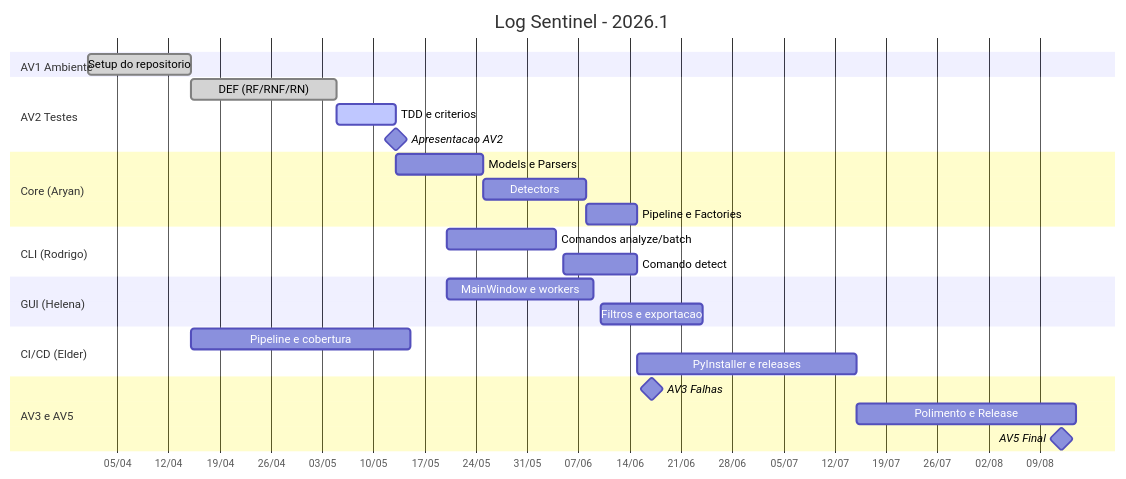
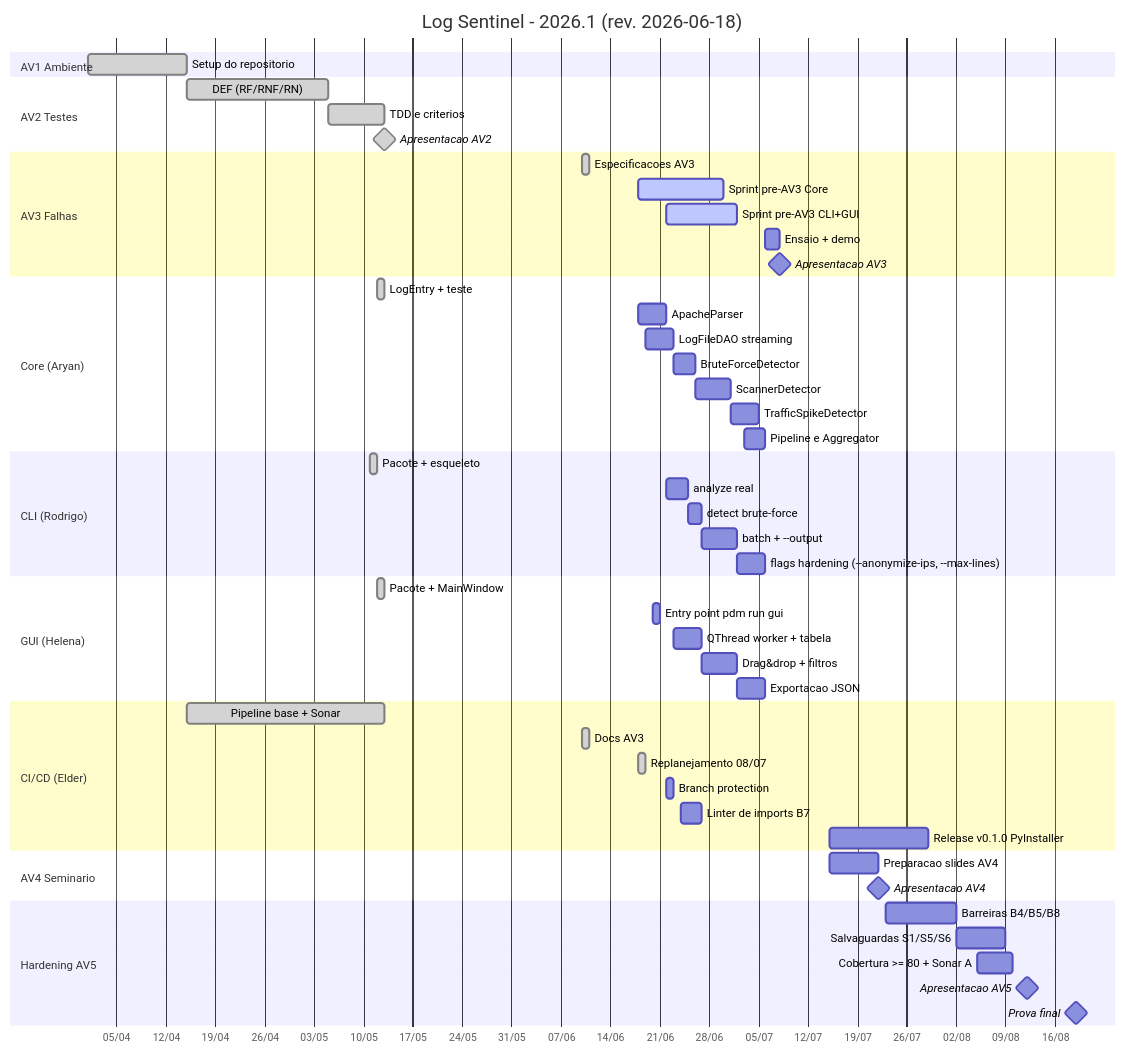
Before and after one commit to 202316360036/log-sentinel: the diagram in docs/GANTT.md, drawn with Mermaid. The commit also changed other lines of this file and 16 other files, not shown here.

````diff
--- a/docs/GANTT.md
+++ b/docs/GANTT.md
@@ -5,36 +13,63 @@
 ```mermaid
 gantt
-    title Log Sentinel - 2026.1
+    title Log Sentinel - 2026.1 (rev. 2026-06-18)
     dateFormat YYYY-MM-DD
     axisFormat %d/%m
 
     section AV1 Ambiente
     Setup do repositorio     :done, 2026-04-01, 2026-04-15
 
     section AV2 Testes
     DEF (RF/RNF/RN)          :done, 2026-04-15, 2026-05-05
-    TDD e criterios          :active, 2026-05-05, 2026-05-13
-    Apresentacao AV2         :milestone, 2026-05-13, 0d
+    TDD e criterios          :done, 2026-05-05, 2026-05-13
+    Apresentacao AV2         :milestone, done, 2026-05-13, 0d
+
+    section AV3 Falhas
+    Especificacoes AV3       :done, 2026-06-10, 1d
+    Sprint pre-AV3 Core  :active, 2026-06-18, 12d
+    Sprint pre-AV3 CLI+GUI :active, 2026-06-22, 10d
+    Ensaio + demo            :2026-07-06, 2d
+    Apresentacao AV3         :milestone, 2026-07-08, 0d
 
     section Core (Aryan)
-    Models e Parsers         :2026-05-13, 12d
-    Detectors                :2026-05-25, 14d
-    Pipeline e Factories     :2026-06-08, 7d
+    LogEntry + teste         :done, 2026-05-12, 1d
+    ApacheParser             :2026-06-18, 4d
+    LogFileDAO streaming     :2026-06-19, 4d
+    BruteForceDetector       :2026-06-23, 3d
+    ScannerDetector          :2026-06-26, 5d
+    TrafficSpikeDetector     :2026-07-01, 4d
+    Pipeline e Aggregator    :2026-07-03, 3d
 
     section CLI (Rodrigo)
-    Comandos analyze/batch   :2026-05-20, 15d
-    Comando detect           :2026-06-05, 10d
+    Pacote + esqueleto       :done, 2026-05-11, 1d
+    analyze real             :2026-06-22, 3d
+    detect brute-force       :2026-06-25, 2d
+    batch + --output         :2026-06-27, 5d
+    flags hardening (--anonymize-ips, --max-lines) :2026-07-02, 4d
 
     section GUI (Helena)
-    MainWindow e workers     :2026-05-20, 20d
-    Filtros e exportacao     :2026-06-10, 14d
+    Pacote + MainWindow      :done, 2026-05-12, 1d
+    Entry point pdm run gui  :2026-06-20, 1d
+    QThread worker + tabela  :2026-06-23, 4d
+    Drag&drop + filtros      :2026-06-27, 5d
+    Exportacao JSON          :2026-07-02, 4d
 
     section CI/CD (Elder)
-    Pipeline e cobertura     :2026-04-15, 30d
-    PyInstaller e releases   :2026-06-15, 30d
+    Pipeline base + Sonar    :done, 2026-04-15, 28d
+    Docs AV3                 :done, 2026-06-10, 1d
+    Replanejamento 08/07     :done, 2026-06-18, 1d
+    Branch protection        :2026-06-22, 1d
+    Linter de imports B7     :2026-06-24, 3d
+    Release v0.1.0 PyInstaller :2026-07-15, 14d
 
-    section AV3 e AV5
-    AV3 Falhas               :milestone, 2026-06-17, 0d
-    Polimento e Release      :2026-07-15, 30d
-    AV5 Final                :milestone, 2026-08-12, 0d
+    section AV4 Seminario
+    Preparacao slides AV4    :2026-07-15, 7d
+    Apresentacao AV4         :milestone, 2026-07-22, 0d
+
+    section Hardening AV5
+    Barreiras B4/B5/B8       :2026-07-23, 10d
+    Salvaguardas S1/S5/S6    :2026-08-02, 7d
+    Cobertura >= 80 + Sonar A :2026-08-05, 5d
+    Apresentacao AV5         :milestone, 2026-08-12, 0d
+    Prova final              :milestone, 2026-08-19, 0d
 ```
````
